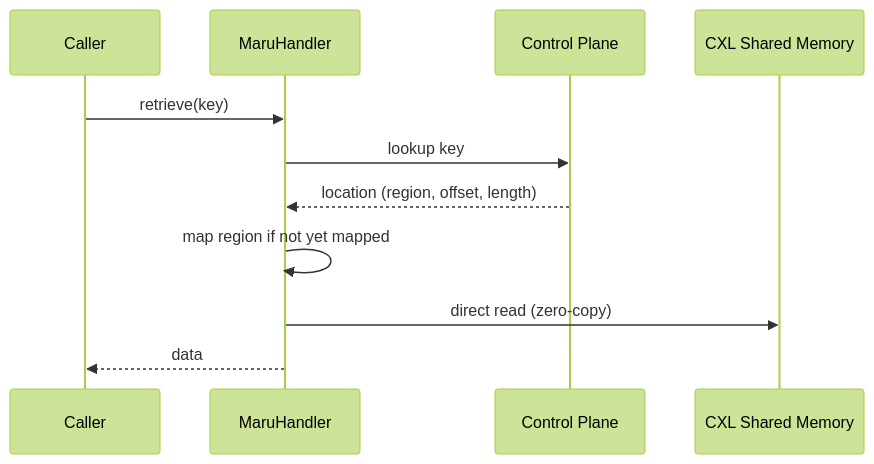
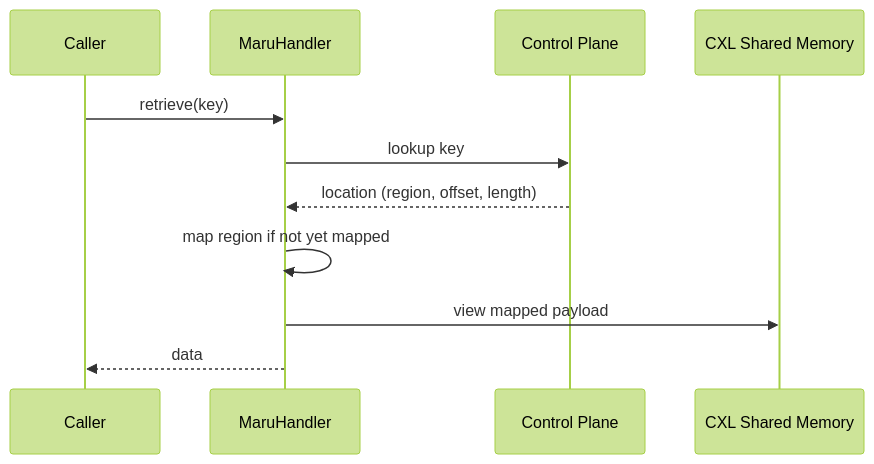
One commit to xcena-dev/maru changed the fourth of 5 diagrams in docs/source/design_doc/architecture_overview.md. Above: the diagram before and after it, drawn with Mermaid (forest theme). The commit also changed other lines of this file and 13 other files, not shown here.

````diff
--- a/docs/source/design_doc/architecture_overview.md
+++ b/docs/source/design_doc/architecture_overview.md
@@ -152,14 +156,14 @@
 ```mermaid
 sequenceDiagram
     participant C as Caller
     participant H as MaruHandler
     participant CP as Control Plane
     participant CXL as CXL Shared Memory
 
     C->>H: retrieve(key)
     H->>CP: lookup key
     CP-->>H: location (region, offset, length)
     H->>H: map region if not yet mapped
-    H->>CXL: direct read (zero-copy)
+    H->>CXL: view mapped payload
     H-->>C: data
 ```
````
